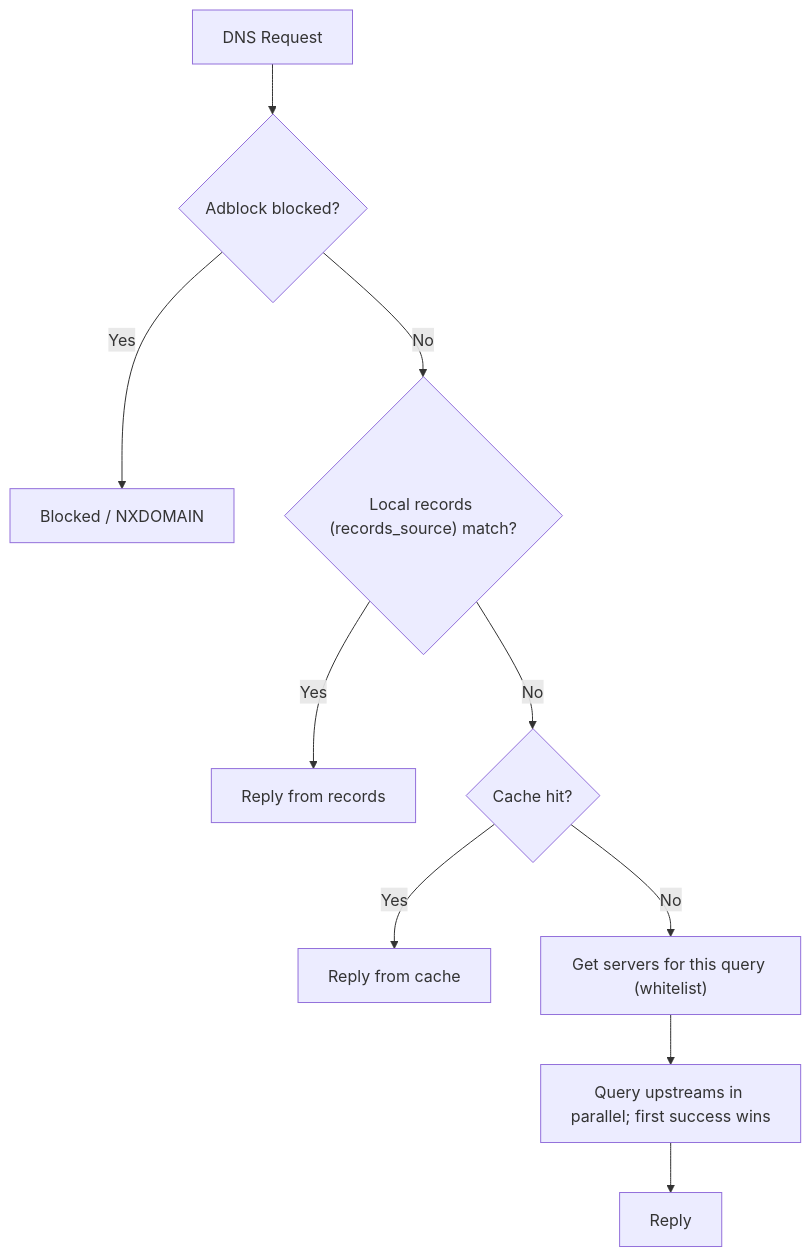
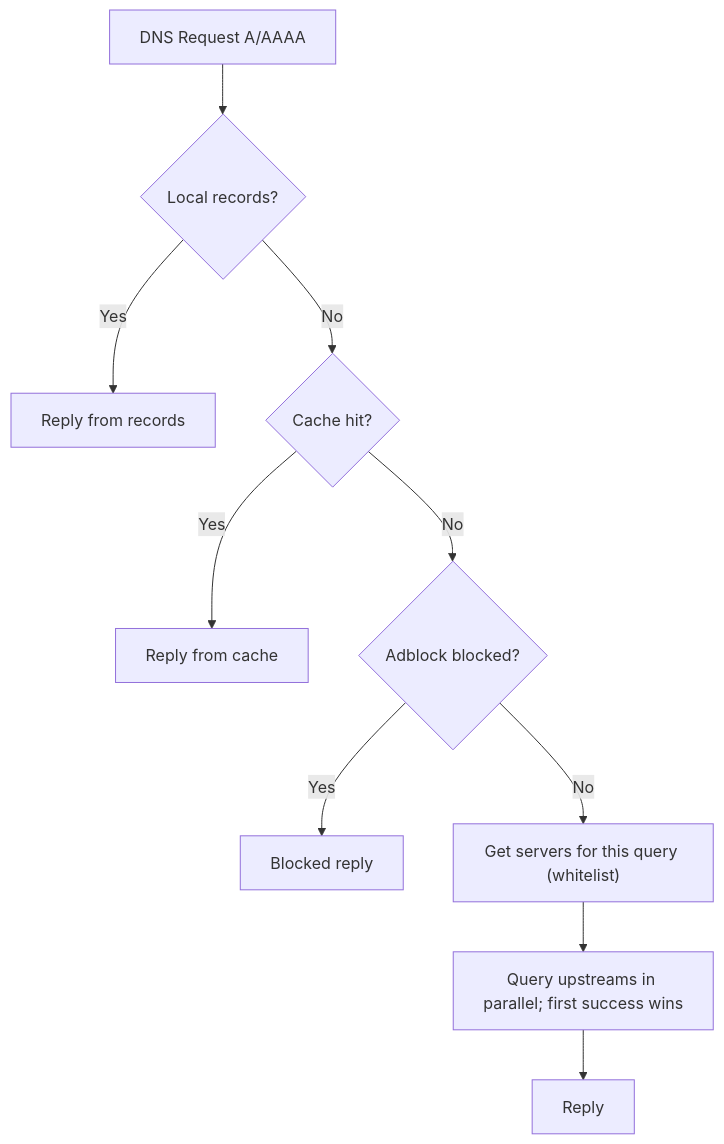
The diagram in README.md (network-plane/dnsplane), drawn with Mermaid before and after one commit. The commit also changed other lines of this file and 5 other files, not shown here.

````diff
--- a/README.md
+++ b/README.md
@@ -20,13 +21,13 @@
 ```mermaid
 flowchart TD
-    REQ["DNS Request"]
-    REQ --> ADBLOCK{"Adblock blocked?"}
-    ADBLOCK -->|Yes| BLOCK["Blocked / NXDOMAIN"]
-    ADBLOCK -->|No| RECORDS{"Local records (records_source) match?"}
+    REQ["DNS Request A/AAAA"]
+    REQ --> RECORDS{"Local records?"}
     RECORDS -->|Yes| REPLY_R["Reply from records"]
     RECORDS -->|No| CACHE{"Cache hit?"}
     CACHE -->|Yes| REPLY_C["Reply from cache"]
-    CACHE -->|No| SELECT["Get servers for this query (whitelist)"]
+    CACHE -->|No| ADBLOCK{"Adblock blocked?"}
+    ADBLOCK -->|Yes| BLOCK["Blocked reply"]
+    ADBLOCK -->|No| SELECT["Get servers for this query (whitelist)"]
     SELECT --> UPSTREAM["Query upstreams in parallel; first success wins"]
     UPSTREAM --> REPLY_A["Reply"]
 ```
````
